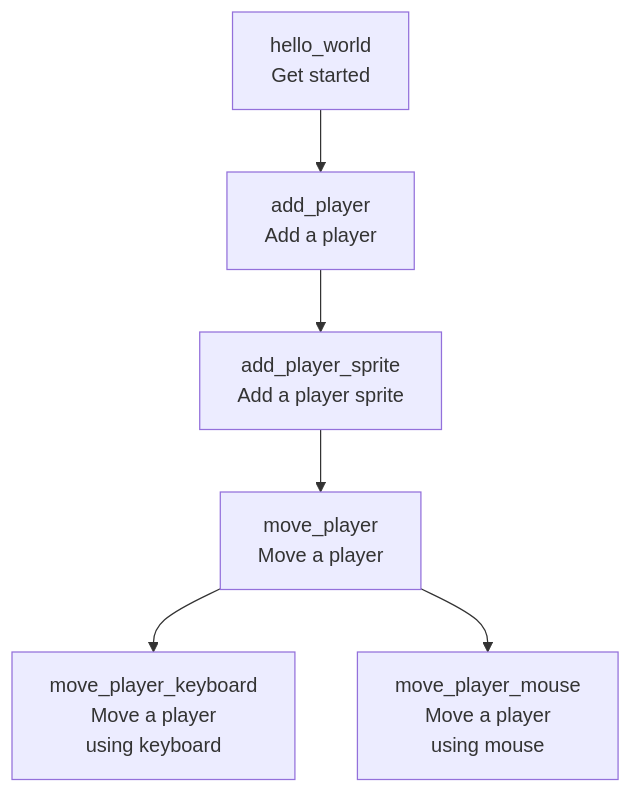
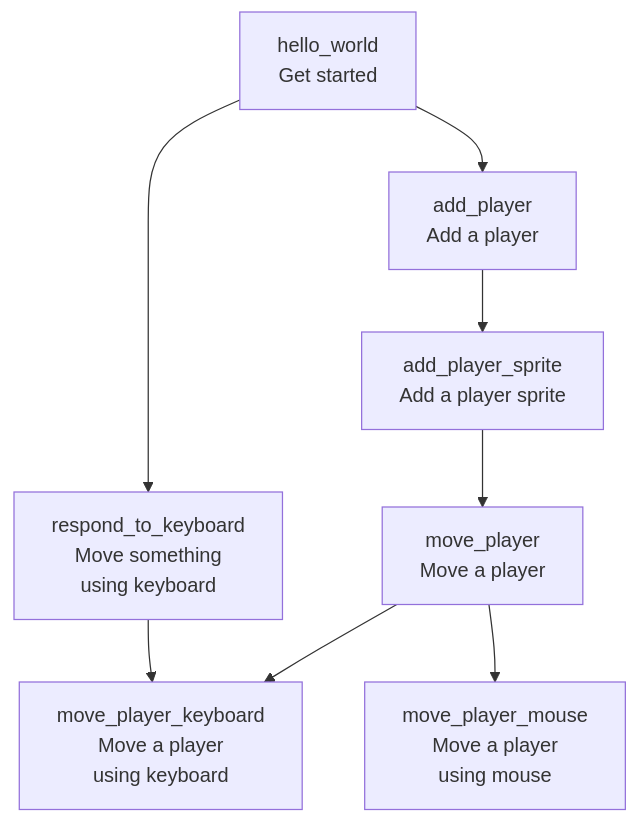
One commit to richelbilderbeek/bevy_tdd_book changed the diagram in README.md. Above: the diagram before and after it, drawn with Mermaid. The commit also changed other lines of this file and 1 other file, not shown here.

Commit message:
Add chapter

````diff
--- a/README.md
+++ b/README.md
@@ -20,16 +21,21 @@
 ```mermaid
 flowchart TD
     hello_world[hello_world\nGet started]
     add_player[add_player\nAdd a player]
     add_player_sprite[add_player_sprite\nAdd a player sprite]
     move_player[move_player\nMove a player]
     move_player_keyboard[move_player_keyboard\nMove a player\nusing keyboard]
     move_player_mouse[move_player_mouse\nMove a player\nusing mouse]
 
+    respond_to_keyboard[respond_to_keyboard\nMove something\nusing keyboard]
+
     hello_world --> add_player
+    hello_world --> respond_to_keyboard
+
+    respond_to_keyboard --> move_player_keyboard
 
     add_player --> add_player_sprite
     add_player_sprite --> move_player
     move_player --> move_player_keyboard
     move_player --> move_player_mouse
 ```
````
